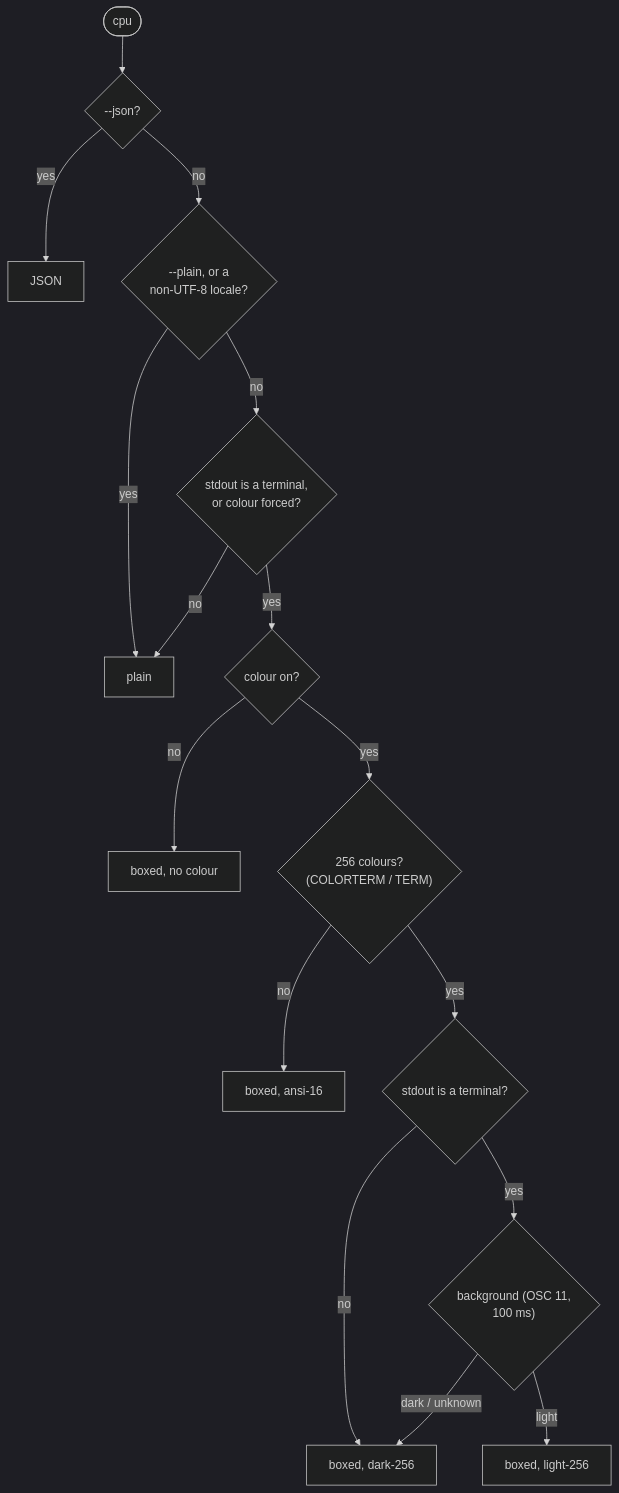
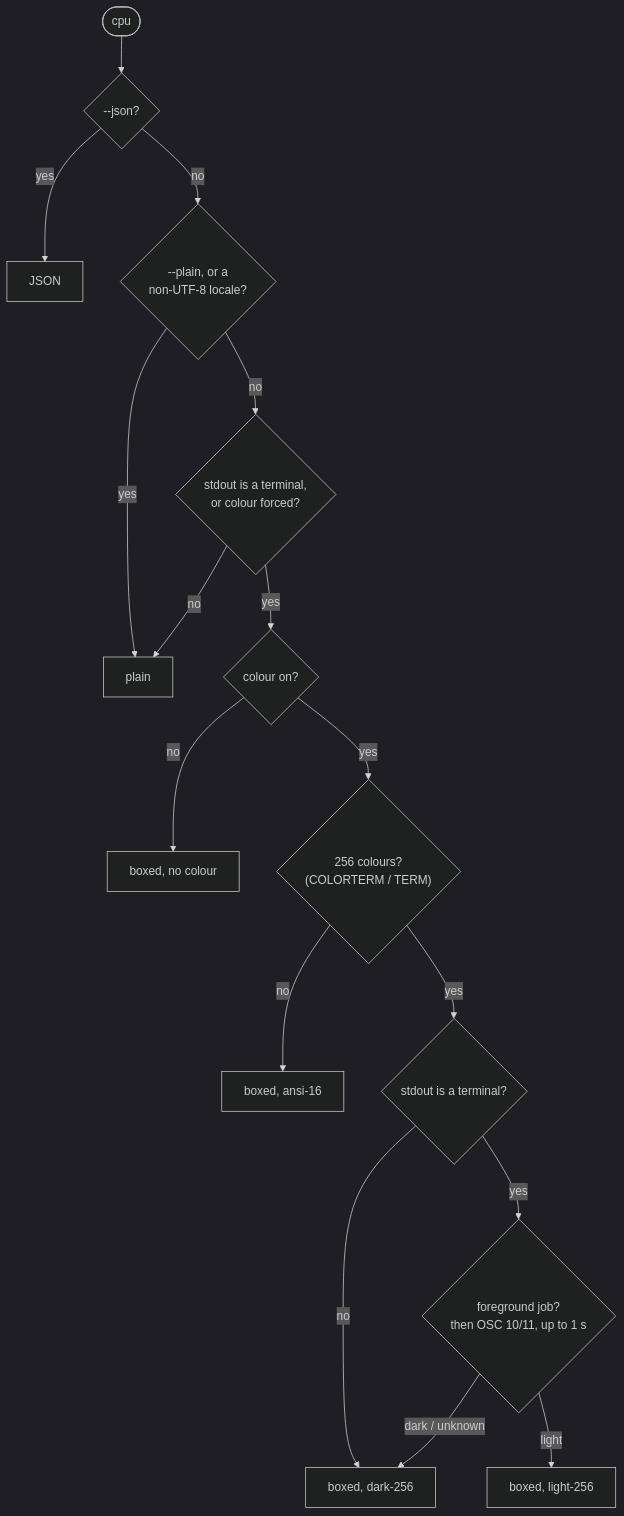
Before and after one commit to priyansh-anand/cpu-cli: the second of 2 diagrams in docs/architecture.md, drawn with Mermaid (dark theme). The commit also changed other lines of this file and 3 other files, not shown here.

First line of the commit message:
fix(render): wait for slow replies and never query from a background job

````diff
--- a/docs/architecture.md
+++ b/docs/architecture.md
@@ -102,18 +102,18 @@
 ```mermaid
 flowchart TD
     start(["cpu"]) --> json{"--json?"}
     json -- yes --> J["JSON"]
     json -- no --> plainflag{"--plain, or a<br/>non-UTF-8 locale?"}
     plainflag -- yes --> P["plain"]
     plainflag -- no --> where{"stdout is a terminal,<br/>or colour forced?"}
     where -- no --> P
     where -- yes --> colour{"colour on?"}
     colour -- no --> B["boxed, no colour"]
     colour -- yes --> depth{"256 colours?<br/>(COLORTERM / TERM)"}
     depth -- no --> A16["boxed, ansi-16"]
     depth -- yes --> tty{"stdout is a terminal?"}
     tty -- no --> D["boxed, dark-256"]
-    tty -- yes --> ask{"background (OSC 11,<br/>100 ms)"}
+    tty -- yes --> ask{"foreground job?<br/>then OSC 10/11, up to 1 s"}
     ask -- light --> L["boxed, light-256"]
     ask -- "dark / unknown" --> D
 ```
````
